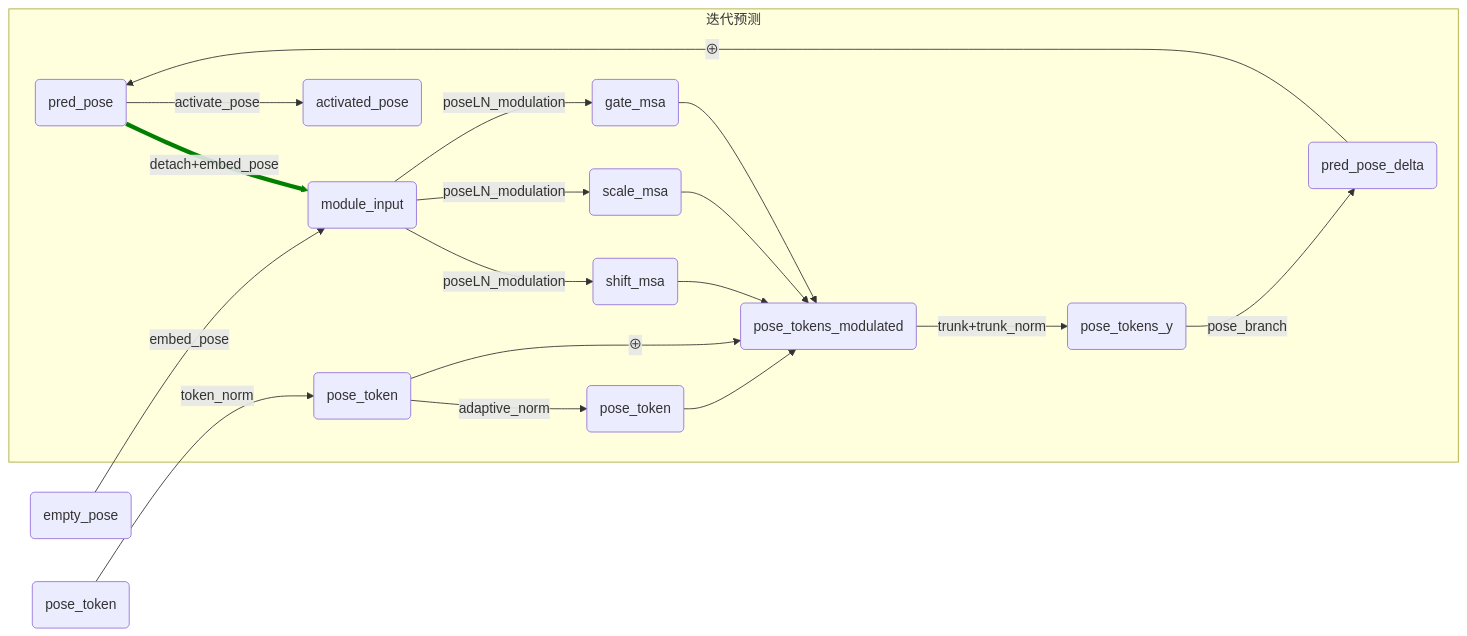
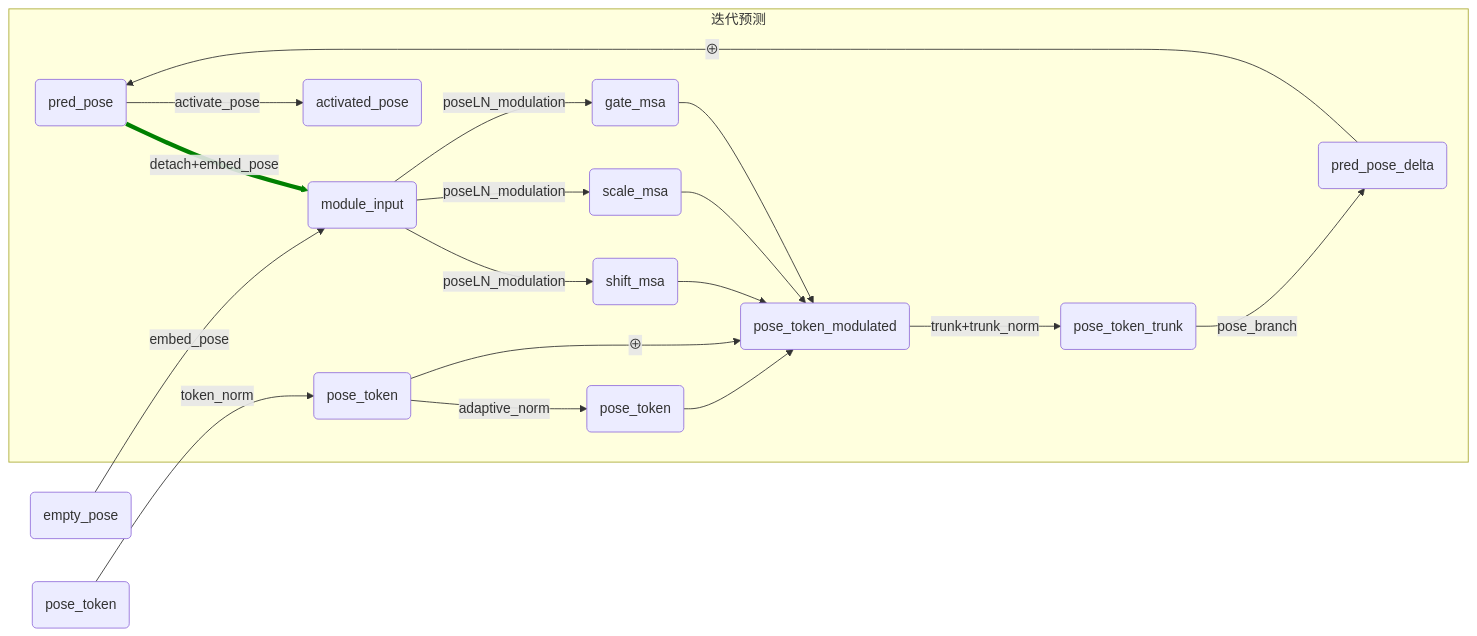
Before and after one commit to lichang-jin/Research_Exercise: the diagram in VGGT/vggt/heads/README.md, drawn with Mermaid. The commit also changed other lines of this file, not shown here.

````diff
--- a/VGGT/vggt/heads/README.md
+++ b/VGGT/vggt/heads/README.md
@@ -27,23 +35,23 @@
 ```mermaid
 flowchart LR
     subgraph A [迭代预测]
         A0(pred_pose) --detach+embed_pose--> A1
         A1(module_input) --poseLN_modulation--> A2(shift_msa)
         A1 --poseLN_modulation--> A3(scale_msa)
         A1 --poseLN_modulation--> A4(gate_msa)
-        A2 --> A5(pose_tokens_modulated)
+        A2 --> A5(pose_token_modulated)
         A3 --> A5
         A4 --> A5
         A6 --adaptive_norm--> A12(pose_token)
         A12 --> A5
         A6 --⊕--> A5
-        A5 --trunk+trunk_norm--> A7(pose_tokens_y)
+        A5 --trunk+trunk_norm--> A7(pose_token_trunk)
         A7 --pose_branch--> A9(pred_pose_delta)
         A9 --⊕--> A0
         A0 --activate_pose--> A11(activated_pose)
     end
     A_1(empty_pose) --embed_pose--> A1
     A8(pose_token) --token_norm--> A6(pose_token)
     
     linkStyle 0 stroke-width:5px, stroke:green
 ```
````
